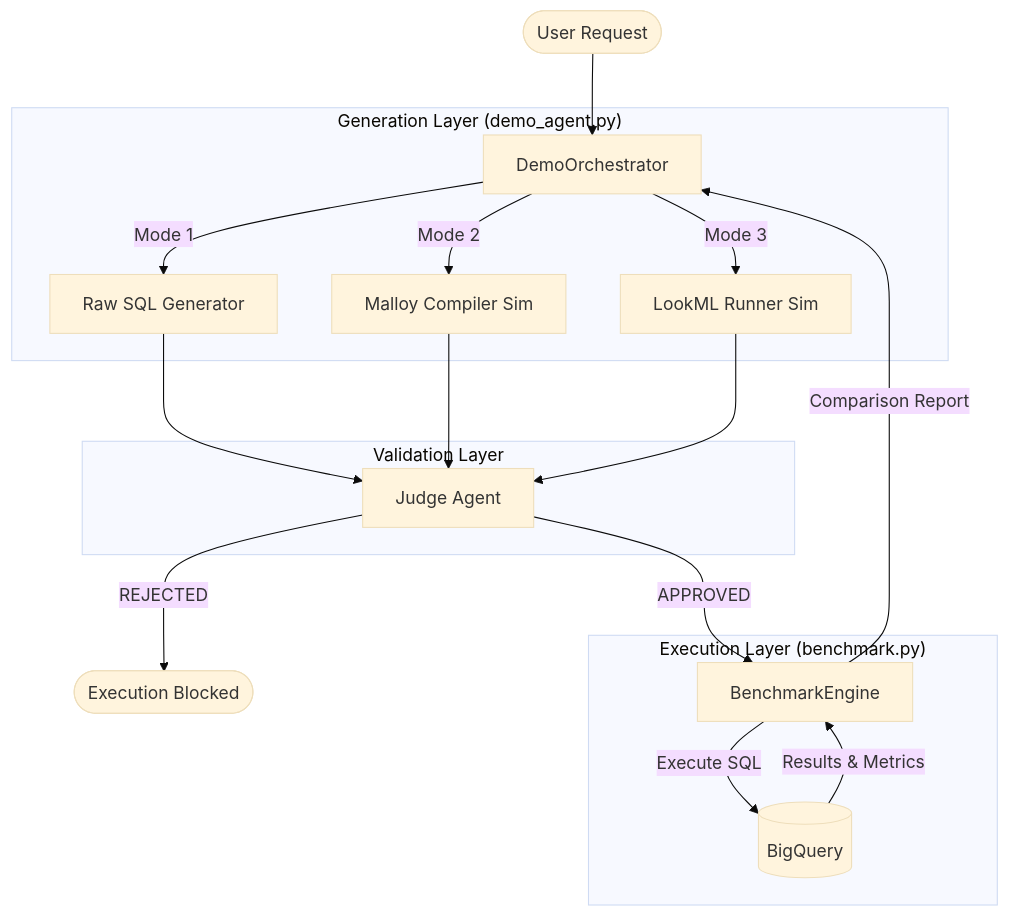
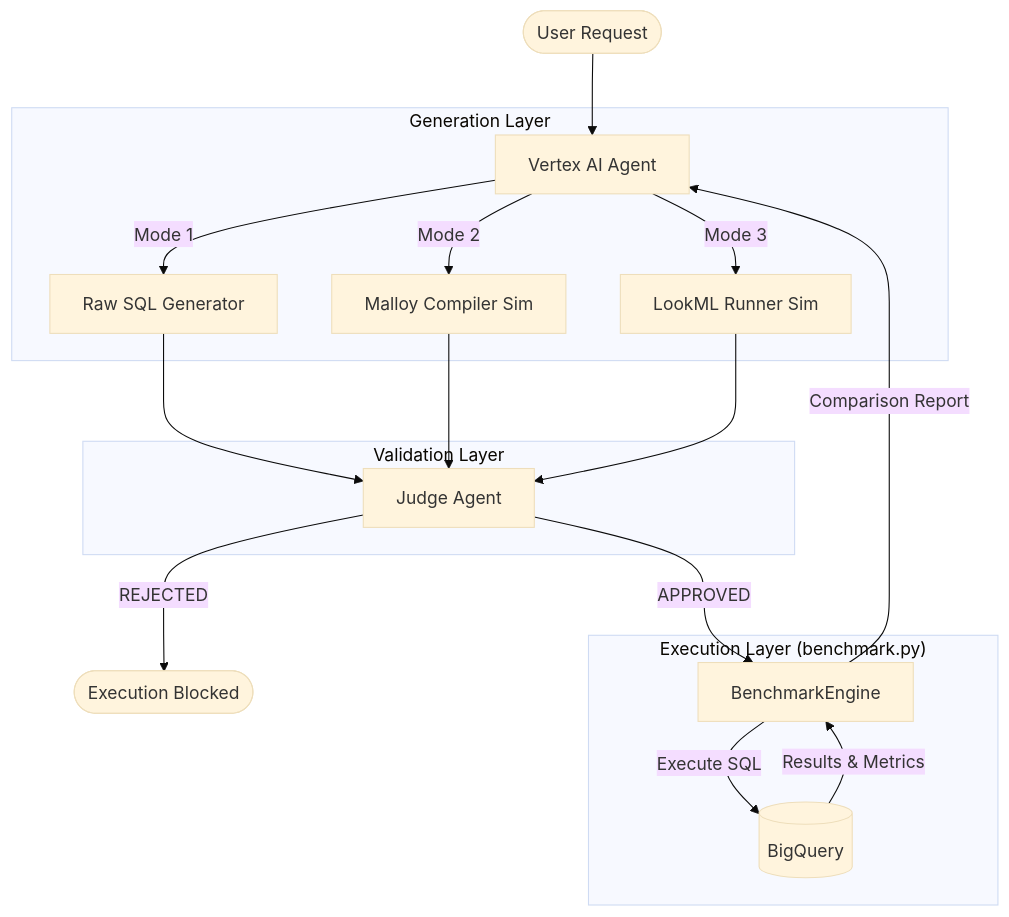
Before and after one commit to bardbyte/semantic: the diagram in README.md, drawn with Mermaid (base theme). The commit also changed other lines of this file, not shown here.

````diff
--- a/README.md
+++ b/README.md
@@ -19,26 +19,26 @@
 ```mermaid
 graph TD
-    User([User Request]) --> Orchestrator[DemoOrchestrator]
+    User([User Request]) --> Orchestrator[Vertex AI Agent]
     
-    subgraph "Generation Layer (demo_agent.py)"
+    subgraph "Generation Layer"
         Orchestrator -->|Mode 1| RawSQL[Raw SQL Generator]
         Orchestrator -->|Mode 2| Malloy[Malloy Compiler Sim]
         Orchestrator -->|Mode 3| LookML[LookML Runner Sim]
     end
     
     subgraph "Validation Layer"
         RawSQL --> Judge[Judge Agent]
         Malloy --> Judge
         LookML --> Judge
     end
     
     Judge -- "REJECTED" --> Blocked([Execution Blocked])
     Judge -- "APPROVED" --> Engine[BenchmarkEngine]
     
     subgraph "Execution Layer (benchmark.py)"
         Engine -->|Execute SQL| BQ[(BigQuery)]
         BQ -->|Results & Metrics| Engine
     end
     
     Engine -->|Comparison Report| Orchestrator
 ```
````
